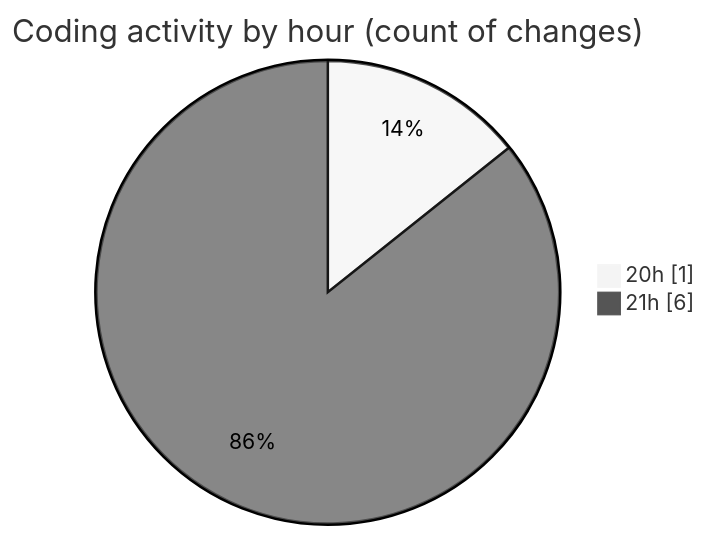
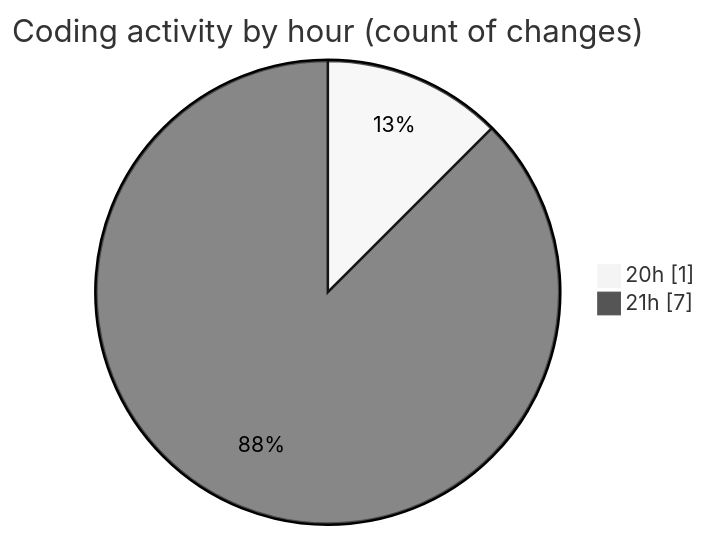
Before and after one commit to jadenblack/code-tracking: the second of 2 diagrams in 2026-02-26/shadcn-admin-kit-main__workspace_/README.md, drawn with Mermaid (neutral theme). The commit also changed other lines of this file and 1 other file, not shown here.

````diff
--- a/2026-02-26/shadcn-admin-kit-main__workspace_/README.md
+++ b/2026-02-26/shadcn-admin-kit-main__workspace_/README.md
@@ -29,6 +29,6 @@
 ```mermaid
 pie showData
 title Coding activity by hour (count of changes)
 "20h" : 1
-"21h" : 6
+"21h" : 7
 ```
````
